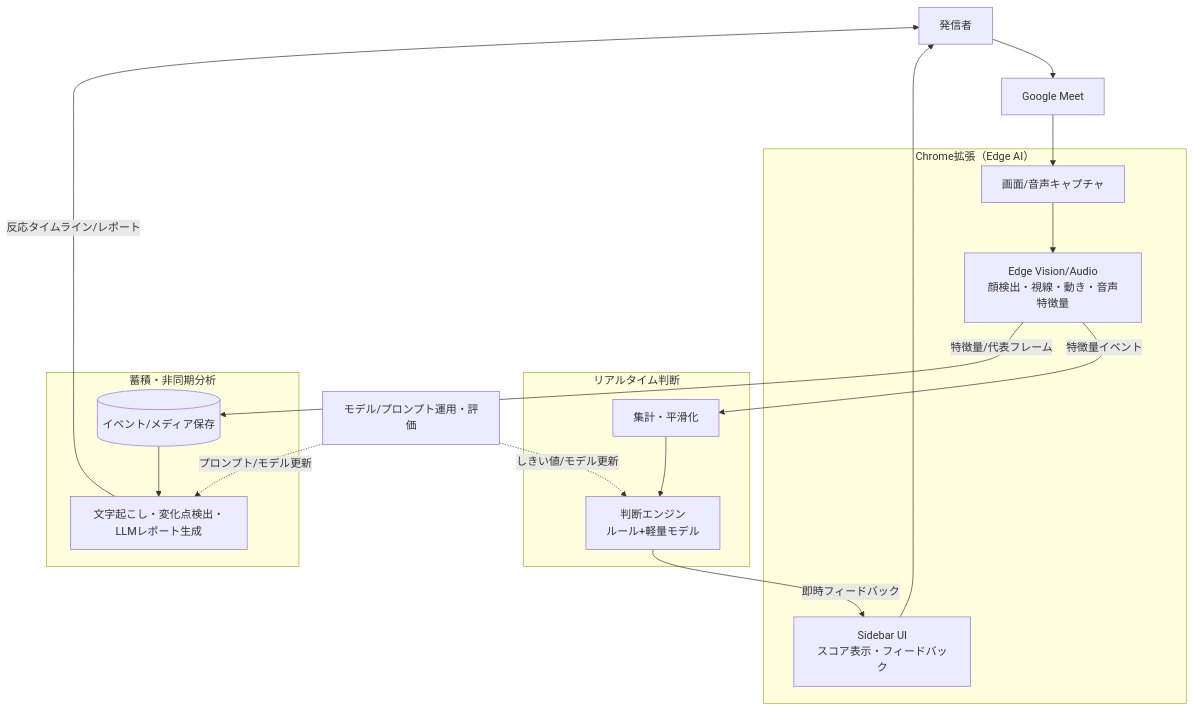
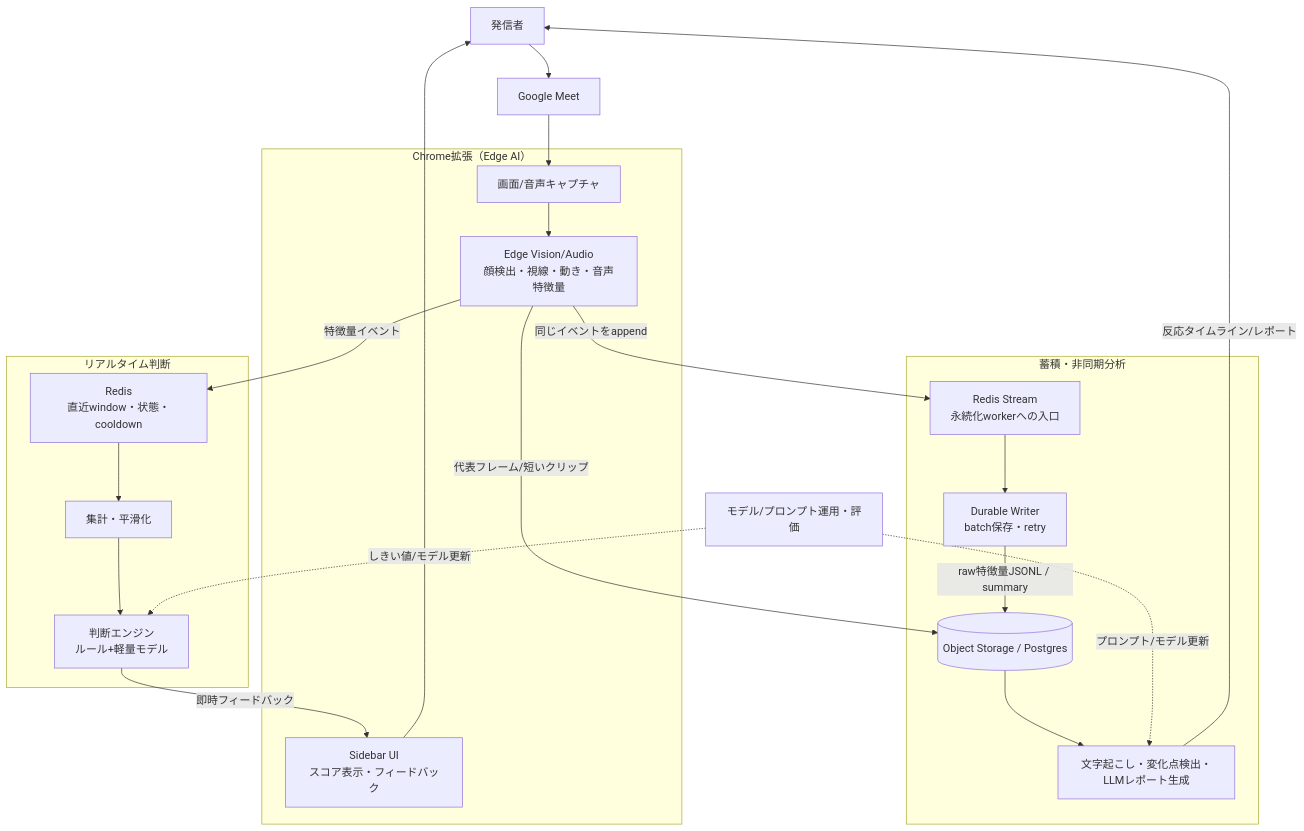
One commit to k-kanke/reaction-engine changed the second of 6 diagrams in plan/1st-plan.md. Above: the diagram before and after it, drawn with Mermaid. The commit also changed other lines of this file and 2 other files, not shown here.

````diff
--- a/plan/1st-plan.md
+++ b/plan/1st-plan.md
@@ -144,38 +154,45 @@
 ```mermaid
 flowchart TB
   presenter["発信者"]
   meet["Google Meet"]
 
   subgraph extension["Chrome拡張（Edge AI）"]
     capture["画面/音声キャプチャ"]
     vision["Edge Vision/Audio<br/>顔検出・視線・動き・音声特徴量"]
     sidebar["Sidebar UI<br/>スコア表示・フィードバック"]
   end
 
   subgraph realtime["リアルタイム判断"]
+    redis["Redis<br/>直近window・状態・cooldown"]
     stream["集計・平滑化"]
     decision["判断エンジン<br/>ルール+軽量モデル"]
   end
 
   subgraph platform["蓄積・非同期分析"]
-    store[("イベント/メディア保存")]
+    eventStream["Redis Stream<br/>永続化workerへの入口"]
+    writer["Durable Writer<br/>batch保存・retry"]
+    store[("Object Storage / Postgres")]
     analysis["文字起こし・変化点検出・LLMレポート生成"]
   end
 
   ops["モデル/プロンプト運用・評価"]
 
   presenter --> meet
   meet --> capture
   capture --> vision
-  vision -->|特徴量イベント| stream
+  vision -->|特徴量イベント| redis
+  vision -->|同じイベントをappend| eventStream
+  redis --> stream
   stream --> decision
   decision -->|即時フィードバック| sidebar
   sidebar --> presenter
 
-  vision -->|特徴量/代表フレーム| store
+  eventStream --> writer
+  writer -->|raw特徴量JSONL / summary| store
+  vision -->|代表フレーム/短いクリップ| store
   store --> analysis
   analysis -->|反応タイムライン/レポート| presenter
 
   ops -.->|しきい値/モデル更新| decision
   ops -.->|プロンプト/モデル更新| analysis
 ```
````
